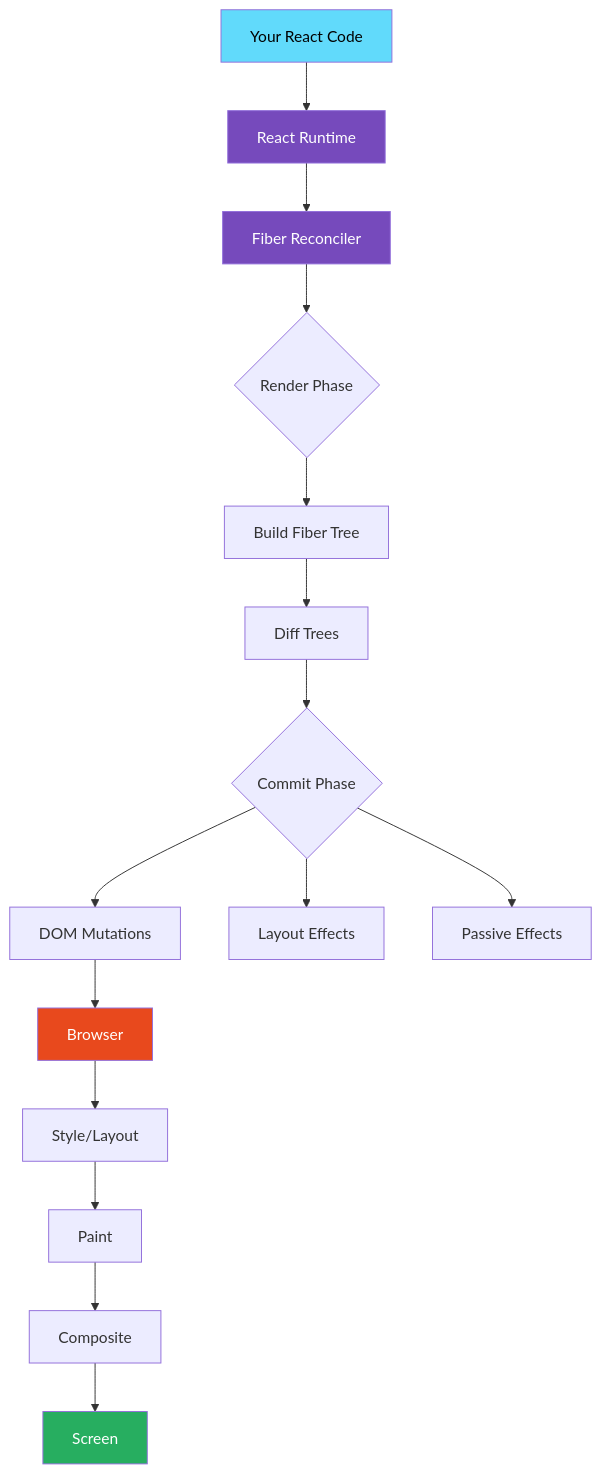
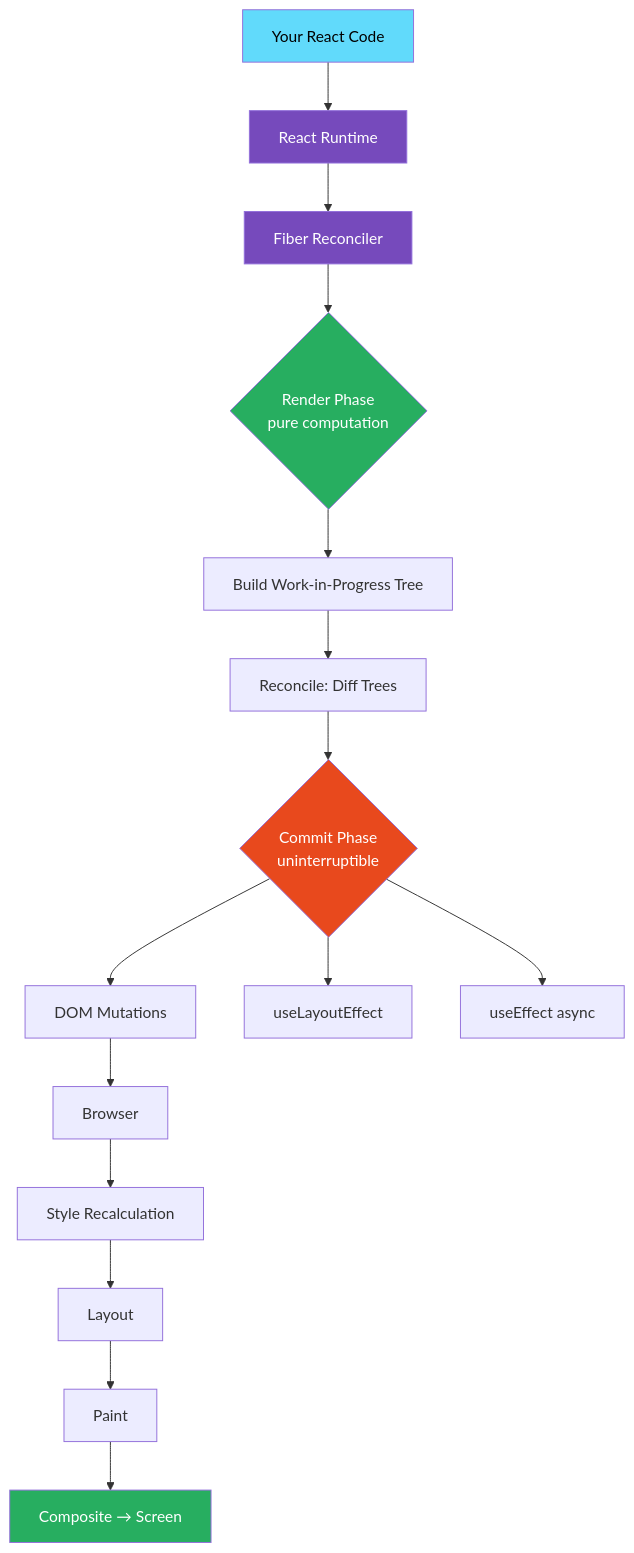
One commit to aamitchaudharii/reactjs-nextjs-handbook changed the diagram in README.MD. Above: the diagram before and after it, drawn with Mermaid. The commit also changed other lines of this file, not shown here.

````diff
--- a/README.MD
+++ b/README.MD
@@ -272,23 +268,24 @@
 ```mermaid
 graph TD
     A[Your React Code] --> B[React Runtime]
     B --> C[Fiber Reconciler]
-    C --> D{Render Phase}
-    D --> E[Build Fiber Tree]
-    E --> F[Diff Trees]
-    F --> G{Commit Phase}
+    C --> D{Render Phase\npure computation}
+    D --> E[Build Work-in-Progress Tree]
+    E --> F[Reconcile: Diff Trees]
+    F --> G{Commit Phase\nuninterruptible}
     G --> H[DOM Mutations]
-    G --> I[Layout Effects]
-    G --> J[Passive Effects]
+    G --> I[useLayoutEffect]
+    G --> J[useEffect async]
     H --> K[Browser]
-    K --> L[Style/Layout]
-    L --> M[Paint]
-    M --> N[Composite]
-    N --> O[Screen]
+    K --> L[Style Recalculation]
+    L --> M[Layout]
+    M --> N[Paint]
+    N --> O[Composite → Screen]
 
     style A fill:#61dafb,color:#000
     style B fill:#764abc,color:#fff
     style C fill:#764abc,color:#fff
-    style K fill:#e8491d,color:#fff
+    style D fill:#27ae60,color:#fff
+    style G fill:#e8491d,color:#fff
     style O fill:#27ae60,color:#fff
 ```
````
